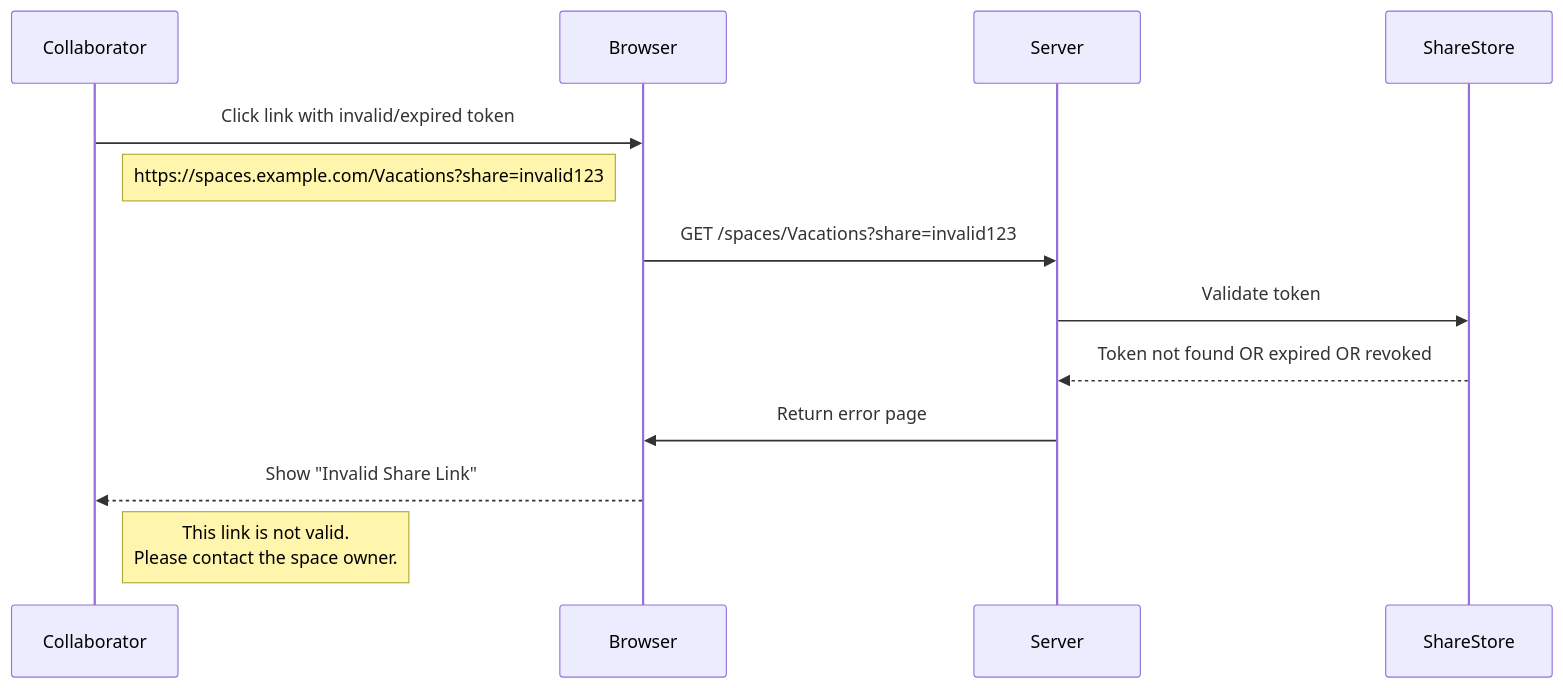
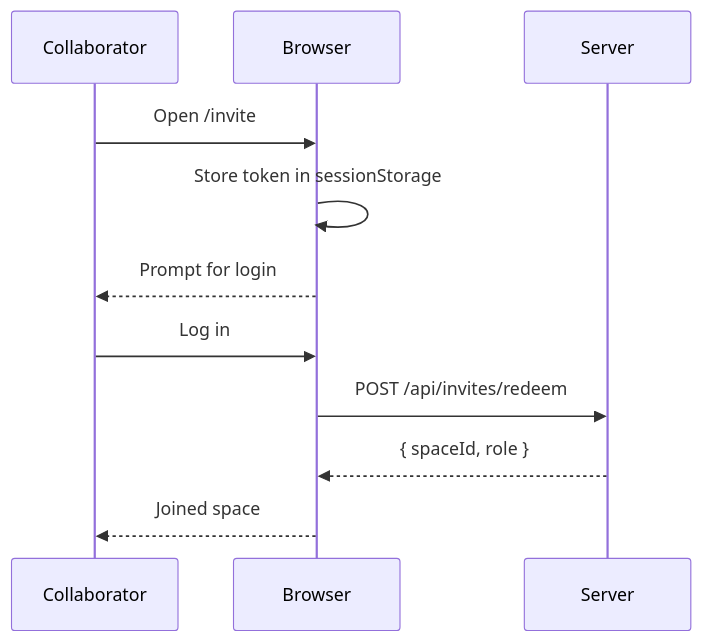
One commit to jchadwick/ai-spaces changed the second of 5 diagrams in docs/flows/03-collaborator-access.md. Above: the diagram before and after it, drawn with Mermaid. The commit also changed other lines of this file and 21 other files, not shown here.

````diff
--- a/docs/flows/03-collaborator-access.md
+++ b/docs/flows/03-collaborator-access.md
@@ -44,16 +40,14 @@
 ```mermaid
 sequenceDiagram
     participant Collaborator
     participant Browser
     participant Server
-    participant ShareStore
-    
-    Collaborator->>Browser: Click link with invalid/expired token
-    Note right of Collaborator: https://spaces.example.com/Vacations?share=invalid123
-    Browser->>Server: GET /spaces/Vacations?share=invalid123
-    Server->>ShareStore: Validate token
-    ShareStore-->>Server: Token not found OR expired OR revoked
-    Server->>Browser: Return error page
-    Browser-->>Collaborator: Show "Invalid Share Link"
-    Note right of Collaborator: This link is not valid.<br/>Please contact the space owner.
+
+    Collaborator->>Browser: Open /invite#token=... while logged out
+    Browser->>Browser: Store token in sessionStorage
+    Browser-->>Collaborator: Prompt for login
+    Collaborator->>Browser: Log in
+    Browser->>Server: POST /api/invites/redeem
+    Server-->>Browser: { spaceId, role }
+    Browser-->>Collaborator: Joined space
 ```
````
